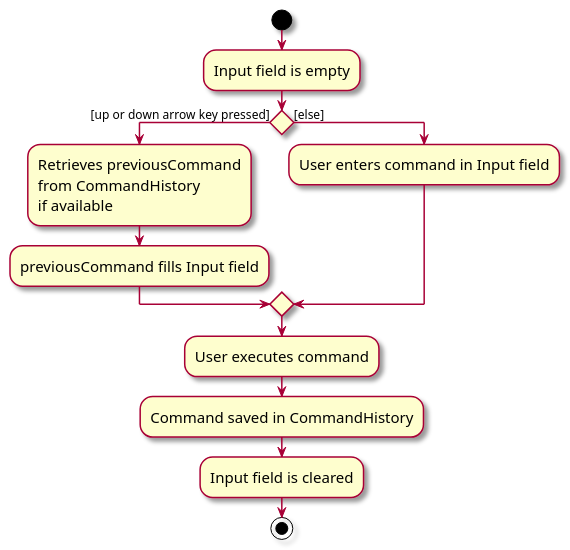
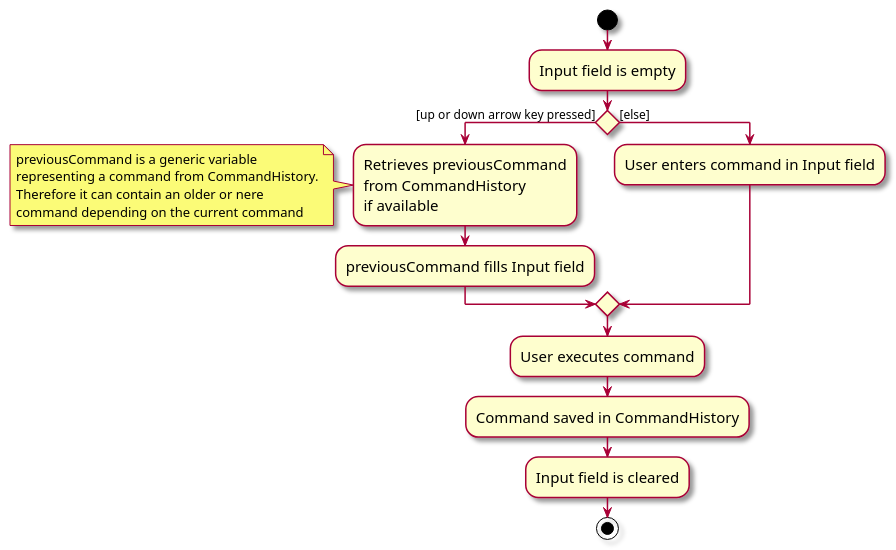
The diagram in docs/diagrams/CommandHistoryActivityDiagram.puml (tituschewxj/tp), drawn with PlantUML before and after one commit.

Commit message:
Update activity diagram

```diff
--- a/docs/diagrams/CommandHistoryActivityDiagram.puml
+++ b/docs/diagrams/CommandHistoryActivityDiagram.puml
@@ -1,20 +1,29 @@
 @startuml
 skin rose
 skinparam ActivityFontSize 15
 skinparam ArrowFontSize 12
 start
+
+
 :Input field is empty;
+
 if () then ([up or down arrow key pressed])
     :Retrieves previousCommand
     from CommandHistory
     if available;
+    note
+      previousCommand is a generic variable
+      representing a command from CommandHistory.
+      Therefore it can contain an older or nere
+      command depending on the current command
+    end note
     :previousCommand fills Input field;
 else ([else])
     :User enters command in Input field;
 endif
 :User executes command;
 :Command saved in CommandHistory;
 :Input field is cleared;
 
 stop
 @enduml
```
